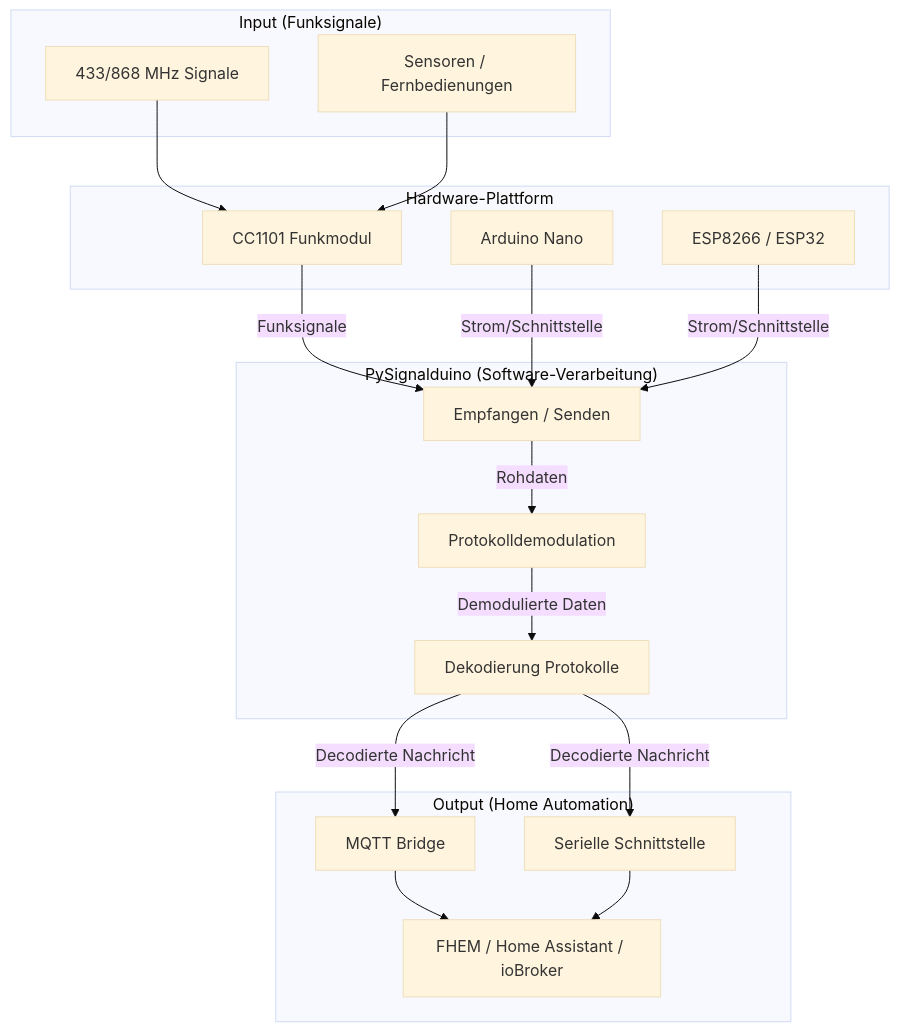
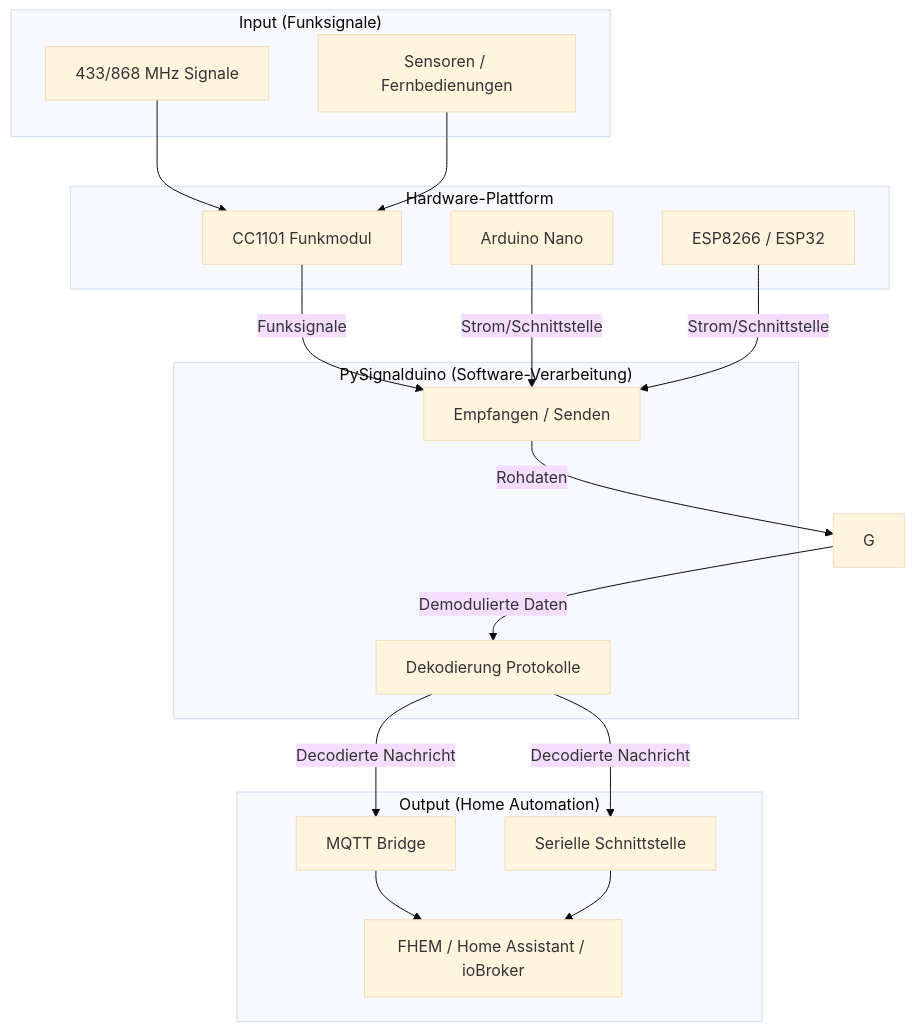
Before and after one commit to RFD-FHEM/PySignalduino: the diagram in docs/index.adoc, drawn with Mermaid (base theme). The commit also changed 18 other files, not shown here.

```diff
--- a/docs/index.adoc
+++ b/docs/index.adoc
@@ -20,39 +19,39 @@
 [mermaid]
 ----
 graph TD
     subgraph "Input (Funksignale)"
         A[433/868 MHz Signale]
         B[Sensoren / Fernbedienungen]
     end
 
     subgraph "Hardware-Plattform"
         C[CC1101 Funkmodul]
         D[Arduino Nano]
         E[ESP8266 / ESP32]
     end
 
     subgraph "PySignalduino (Software-Verarbeitung)"
         F[Empfangen / Senden]
-        G[Protokolldemodulation]
+
         H[Dekodierung Protokolle]
     end
 
     subgraph "Output (Home Automation)"
         I[MQTT Bridge]
         J[Serielle Schnittstelle]
         K[FHEM / Home Assistant / ioBroker]
     end
 
     A --> C
     B --> C
     C -- "Funksignale" --> F
     D -- "Strom/Schnittstelle" --> F
     E -- "Strom/Schnittstelle" --> F
 
     F -- "Rohdaten" --> G
     G -- "Demodulierte Daten" --> H
     H -- "Decodierte Nachricht" --> I
     H -- "Decodierte Nachricht" --> J
     I --> K
     J --> K
 ----
```
